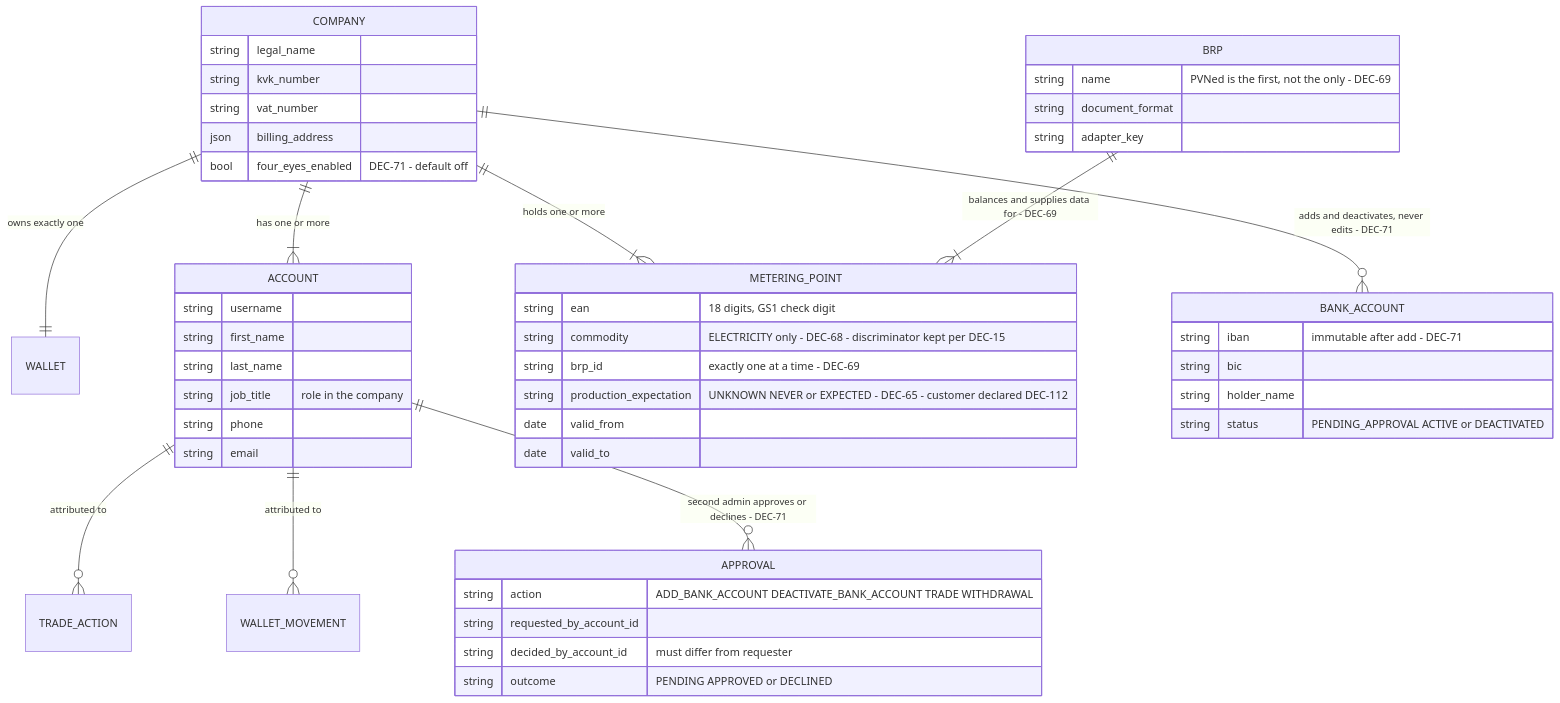
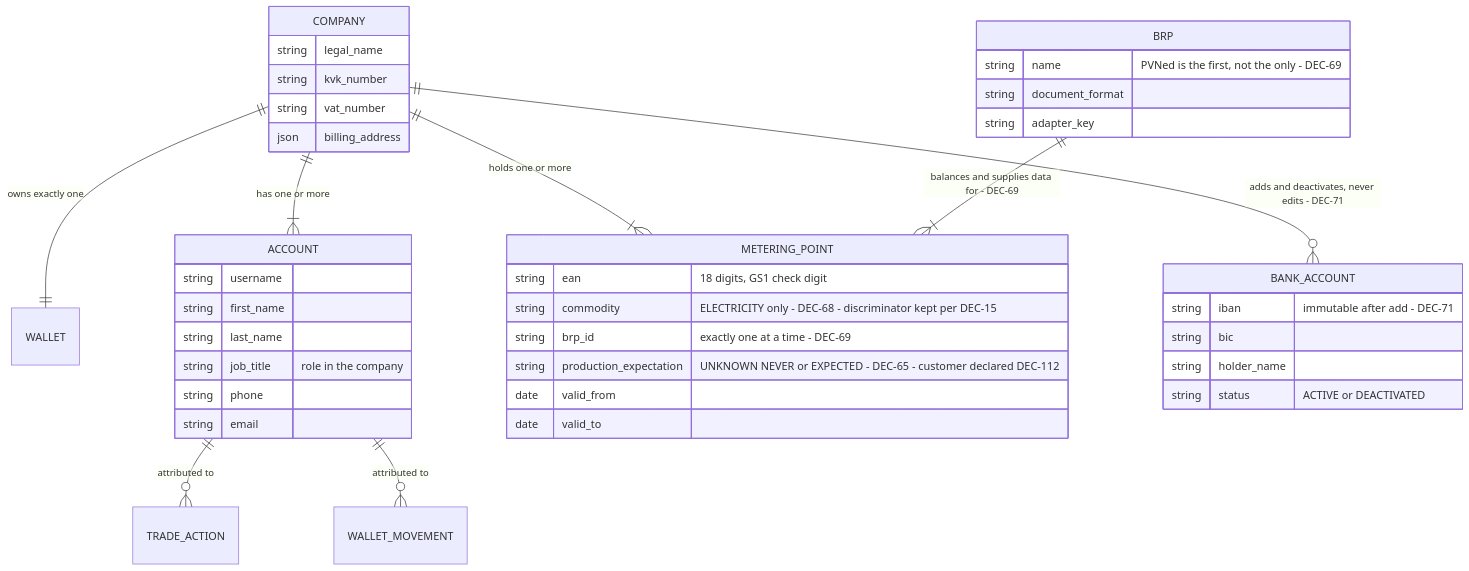
One commit to lukastosic-ifd/peakpowerspecs changed the diagram in specs/10-features/F01-customer-and-metering-points.md. Above: the diagram before and after it, drawn with Mermaid. The commit also changed other lines of this file and 40 other files, not shown here.

First line of the commit message:
DEC-179: the four-eyes rule is removed (#21)

````diff
--- a/specs/10-features/F01-customer-and-metering-points.md
+++ b/specs/10-features/F01-customer-and-metering-points.md
@@ -73,52 +75,44 @@
 ```mermaid
 erDiagram
     COMPANY ||--|| WALLET : "owns exactly one"
     COMPANY ||--|{ ACCOUNT : "has one or more"
     COMPANY ||--|{ METERING_POINT : "holds one or more"
     COMPANY ||--o{ BANK_ACCOUNT : "adds and deactivates, never edits - DEC-71"
     ACCOUNT ||--o{ TRADE_ACTION : "attributed to"
     ACCOUNT ||--o{ WALLET_MOVEMENT : "attributed to"
-    ACCOUNT ||--o{ APPROVAL : "second admin approves or declines - DEC-71"
     BRP ||--|{ METERING_POINT : "balances and supplies data for - DEC-69"
 
     COMPANY {
         string legal_name
         string kvk_number
         string vat_number
         json billing_address
-        bool four_eyes_enabled "DEC-71 - default off"
     }
     BANK_ACCOUNT {
         string iban "immutable after add - DEC-71"
         string bic
         string holder_name
-        string status "PENDING_APPROVAL ACTIVE or DEACTIVATED"
+        string status "ACTIVE or DEACTIVATED"
     }
     ACCOUNT {
         string username
         string first_name
         string last_name
         string job_title "role in the company"
         string phone
         string email
-    }
-    APPROVAL {
-        string action "ADD_BANK_ACCOUNT DEACTIVATE_BANK_ACCOUNT TRADE WITHDRAWAL"
-        string requested_by_account_id
-        string decided_by_account_id "must differ from requester"
-        string outcome "PENDING APPROVED or DECLINED"
     }
     BRP {
         string name "PVNed is the first, not the only - DEC-69"
         string document_format
         string adapter_key
     }
     METERING_POINT {
         string ean "18 digits, GS1 check digit"
         string commodity "ELECTRICITY only - DEC-68 - discriminator kept per DEC-15"
         string brp_id "exactly one at a time - DEC-69"
         string production_expectation "UNKNOWN NEVER or EXPECTED - DEC-65 - customer declared DEC-112"
         date valid_from
         date valid_to
     }
 ```
````
